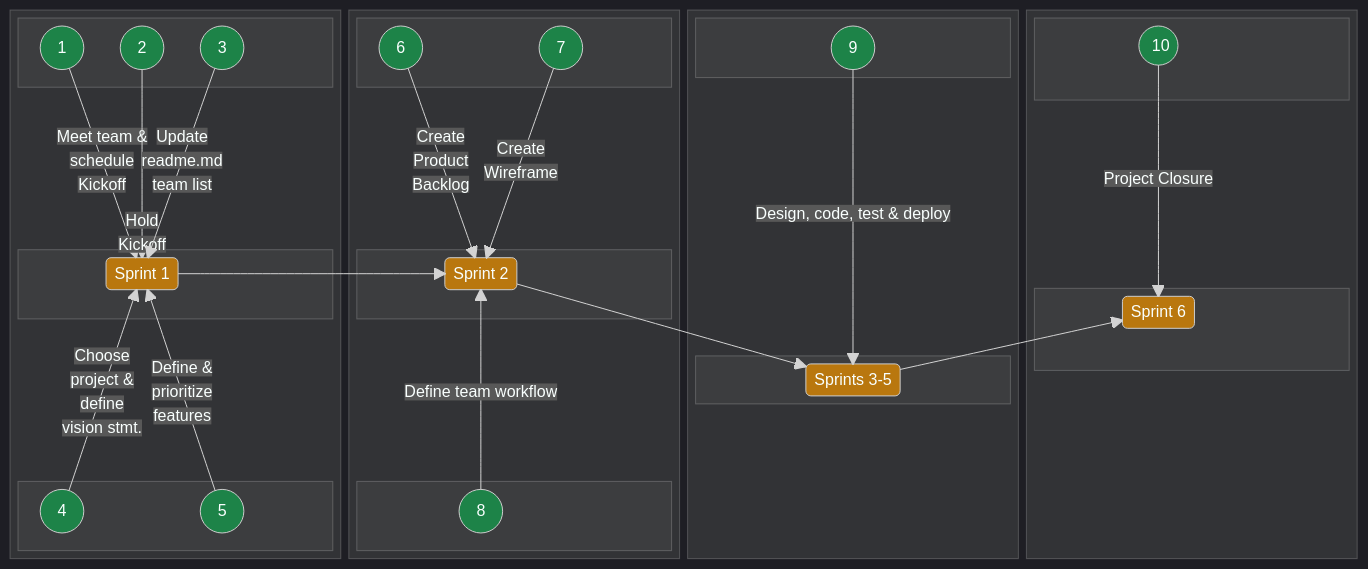
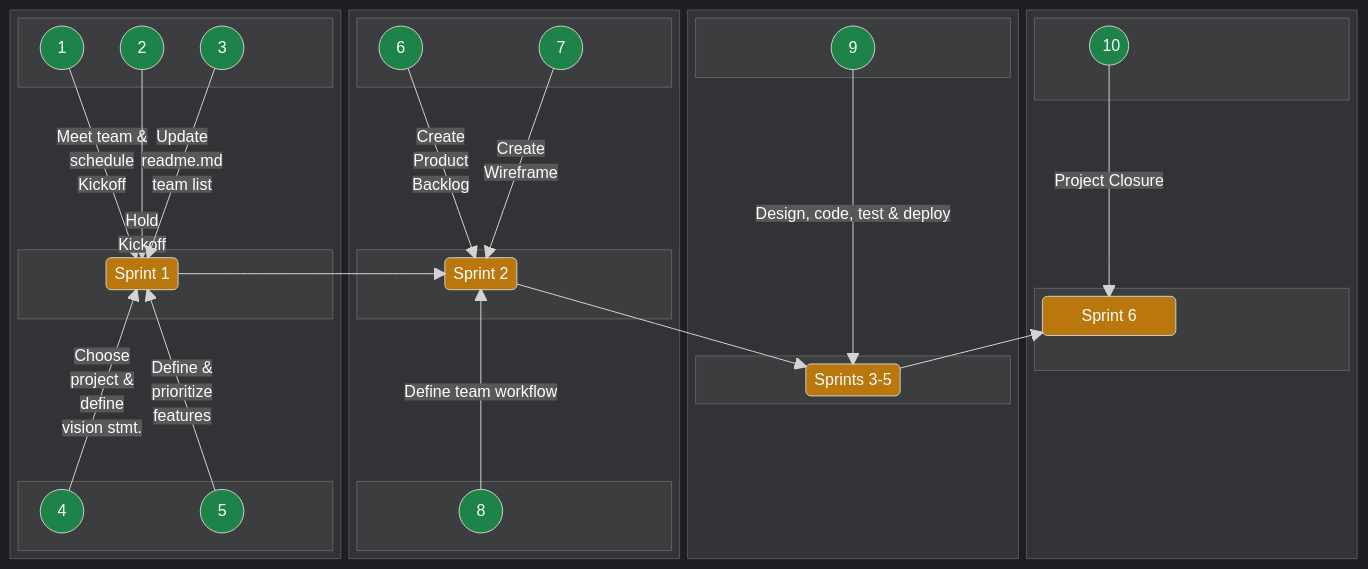
Before and after one commit to jdmedlock/mermaid_testing: the second of 2 diagrams in README.md, drawn with Mermaid.

Commit message:
Feature: Experiment with horizontal block diagram layout

```diff
--- a/README.md
+++ b/README.md
@@ -193,10 +193,8 @@
       space
       space
       block:B4CENTER
-        columns 3
-        space
+        columns 1
         SPRINT6("&nbsp;Sprint 6&nbsp;")
-        space
       end
       space
       space
```
